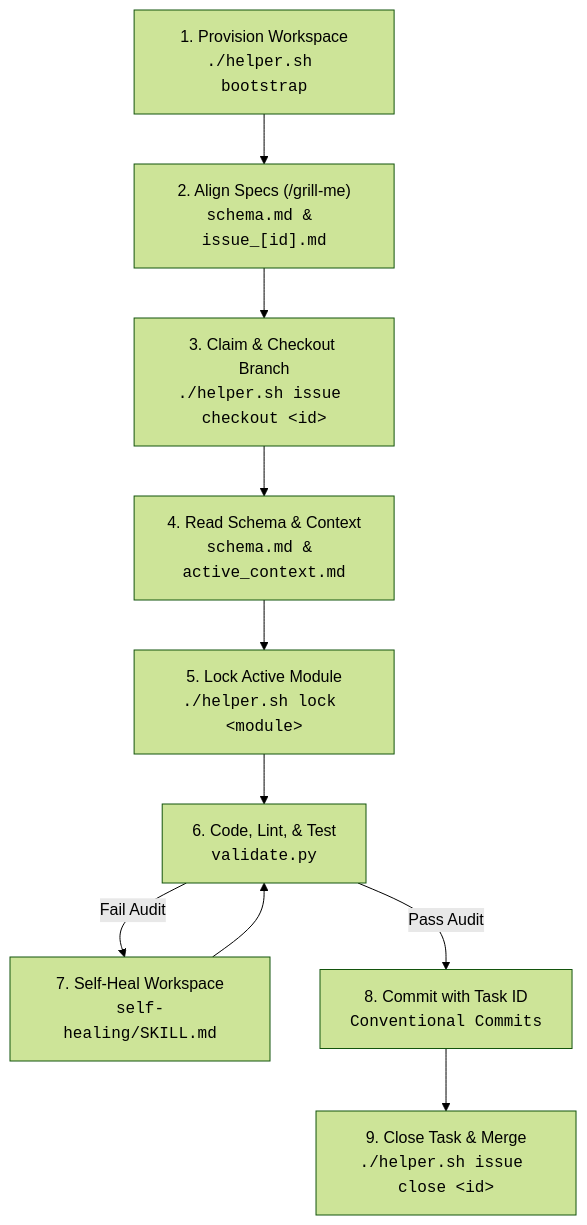
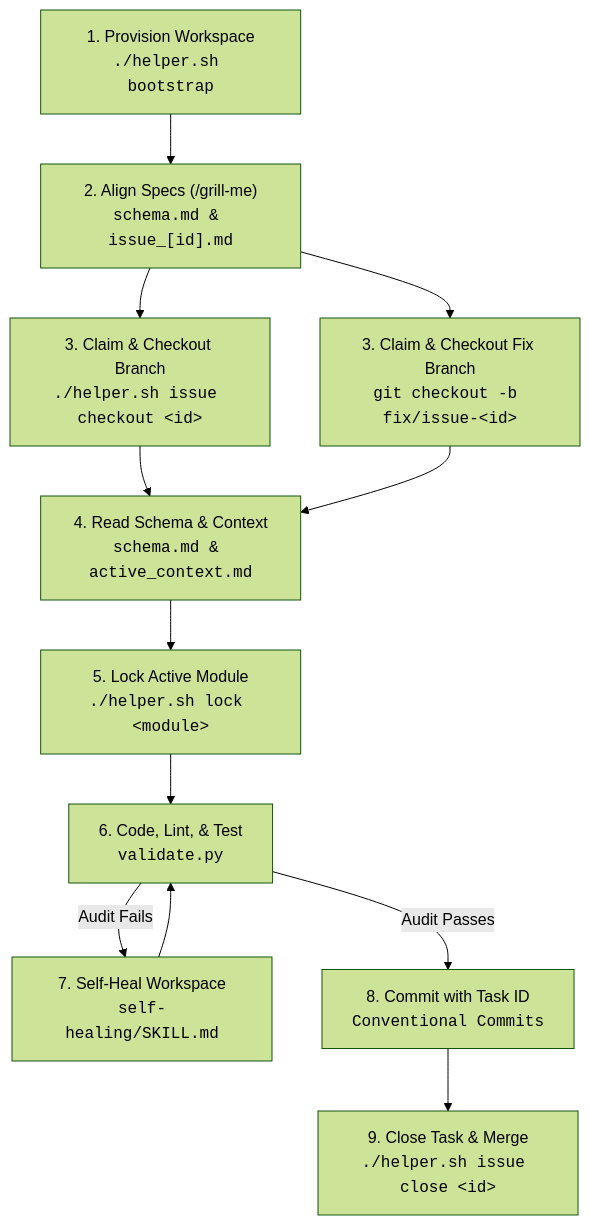
The diagram in README.md (rafaelghif/antigravity-agents), drawn with Mermaid (forest theme) before and after one commit. The commit also changed other lines of this file and 3 other files, not shown here.

````diff
--- a/README.md
+++ b/README.md
@@ -27,12 +34,14 @@
 ```mermaid
 flowchart TD
     A["1. Provision Workspace<br><code>./helper.sh bootstrap</code>"] --> B["2. Align Specs (/grill-me)<br><code>schema.md & issue_[id].md</code>"]
     B --> C["3. Claim & Checkout Branch<br><code>./helper.sh issue checkout &lt;id&gt;</code>"]
+    B --> C_Fix["3. Claim & Checkout Fix Branch<br><code>git checkout -b fix/issue-&lt;id&gt;</code>"]
     C --> D["4. Read Schema & Context<br><code>schema.md & active_context.md</code>"]
+    C_Fix --> D
     D --> E["5. Lock Active Module<br><code>./helper.sh lock &lt;module&gt;</code>"]
     E --> F["6. Code, Lint, &amp; Test<br><code>validate.py</code>"]
-    F -- "Fail Audit" --> G["7. Self-Heal Workspace<br><code>self-healing/SKILL.md</code>"]
+    F -- "Audit Fails" --> G["7. Self-Heal Workspace<br><code>self-healing/SKILL.md</code>"]
     G --> F
-    F -- "Pass Audit" --> H["8. Commit with Task ID<br><code>Conventional Commits</code>"]
+    F -- "Audit Passes" --> H["8. Commit with Task ID<br><code>Conventional Commits</code>"]
     H --> I["9. Close Task &amp; Merge<br><code>./helper.sh issue close &lt;id&gt;</code>"]
 ```
````
